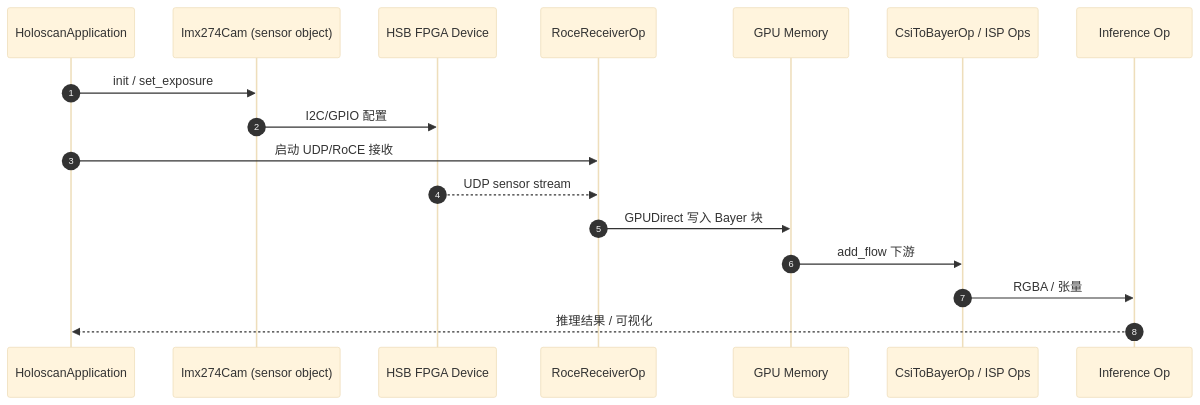
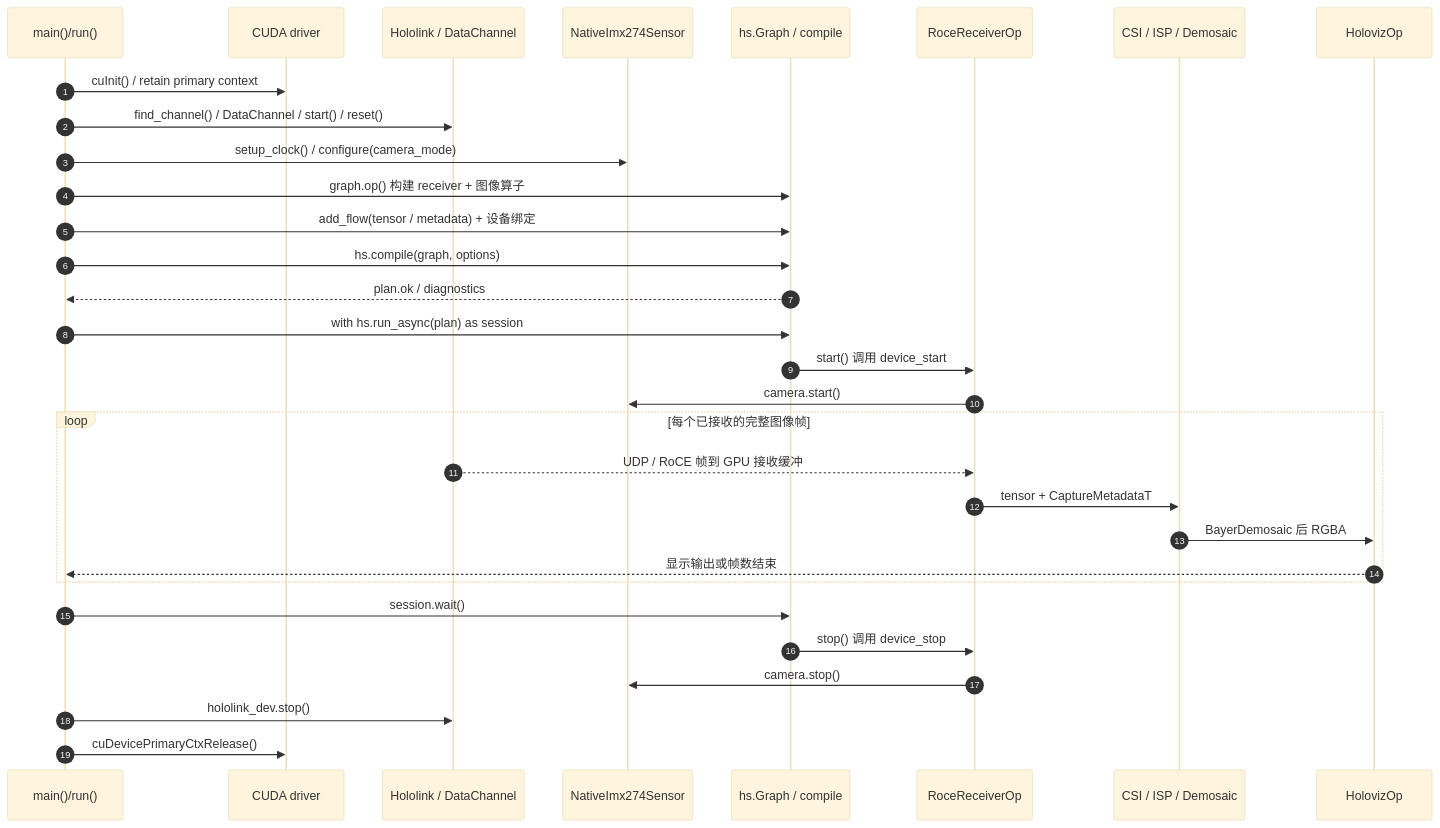
One commit to ImChong/Robotics_Notebooks changed the second of 2 diagrams in wiki/entities/holoscan-sensor-bridge.md. Above: the diagram before and after it, drawn with Mermaid (base theme). The commit also changed other lines of this file, not shown here.

Commit message:
[2026-11-12] ingest | wiki/entities/holoscan-sensor-bridge.md — 校正 3.0 机制并补全原文通读健康度

````diff
--- a/wiki/entities/holoscan-sensor-bridge.md
+++ b/wiki/entities/holoscan-sensor-bridge.md
@@ -90,20 +116,33 @@
 ```mermaid
 sequenceDiagram
   autonumber
-  participant App as HoloscanApplication
-  participant Cam as Imx274Cam (sensor object)
-  participant HSB as HSB FPGA Device
-  participant RoCE as RoceReceiverOp
-  participant GPU as GPU Memory
-  participant ISP as CsiToBayerOp / ISP Ops
-  participant Inf as Inference Op
-
-  App->>Cam: init / set_exposure
-  Cam->>HSB: I2C/GPIO 配置
-  App->>RoCE: 启动 UDP/RoCE 接收
-  HSB-->>RoCE: UDP sensor stream
-  RoCE->>GPU: GPUDirect 写入 Bayer 块
-  GPU->>ISP: add_flow 下游
-  ISP->>Inf: RGBA / 张量
-  Inf-->>App: 推理结果 / 可视化
+  participant Main as main()/run()
+  participant GPU as CUDA driver
+  participant Device as Hololink / DataChannel
+  participant Cam as NativeImx274Sensor
+  participant Graph as hs.Graph / compile
+  participant RX as RoceReceiverOp
+  participant Proc as CSI / ISP / Demosaic
+  participant Viz as HolovizOp
+  Main->>GPU: cuInit() / retain primary context
+  Main->>Device: find_channel() / DataChannel / start() / reset()
+  Main->>Cam: setup_clock() / configure(camera_mode)
+  Main->>Graph: graph.op() 构建 receiver + 图像算子
+  Main->>Graph: add_flow(tensor / metadata) + 设备绑定
+  Main->>Graph: hs.compile(graph, options)
+  Graph-->>Main: plan.ok / diagnostics
+  Main->>Graph: with hs.run_async(plan) as session
+  Graph->>RX: start() 调用 device_start
+  RX->>Cam: camera.start()
+  loop 每个已接收的完整图像帧
+    Device-->>RX: UDP / RoCE 帧到 GPU 接收缓冲
+    RX->>Proc: tensor + CaptureMetadataT
+    Proc->>Viz: BayerDemosaic 后 RGBA
+    Viz-->>Main: 显示输出或帧数结束
+  end
+  Main->>Graph: session.wait()
+  Graph->>RX: stop() 调用 device_stop
+  RX->>Cam: camera.stop()
+  Main->>Device: hololink_dev.stop()
+  Main->>GPU: cuDevicePrimaryCtxRelease()
 ```
````
